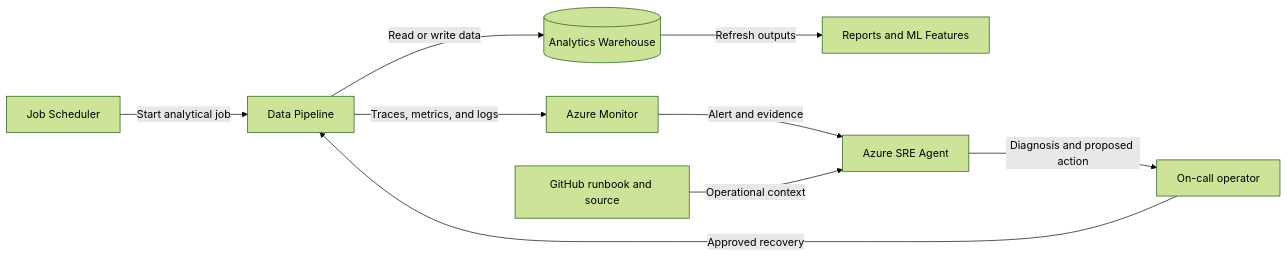
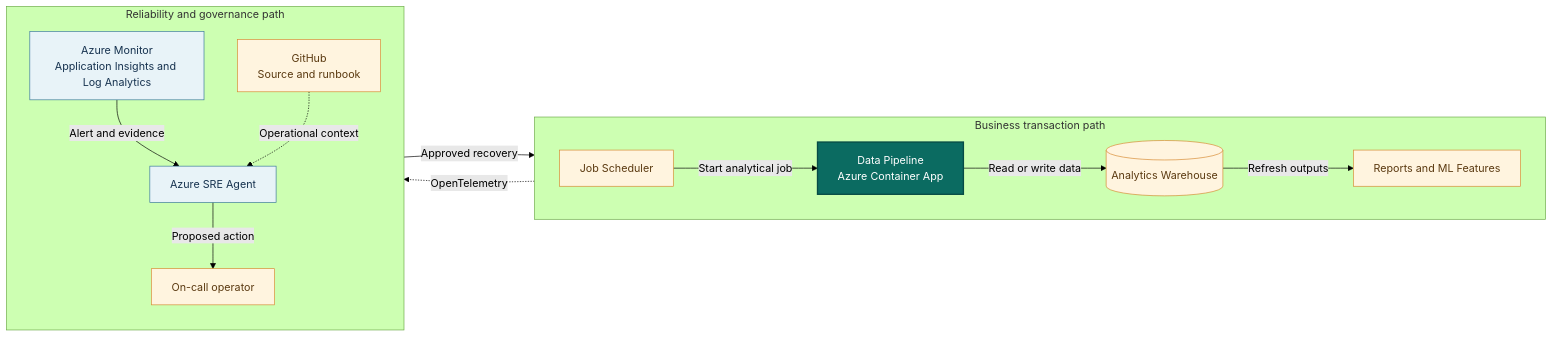
Before and after one commit to KrishnaDistributedcomputing/SREAgentEnterpriseShowcase: the diagram in runbooks/data-pipeline.md, drawn with Mermaid (forest theme). The commit also changed other lines of this file and 14 other files, not shown here.

First line of the commit message:
docs(docs): refine system context diagrams

````diff
--- a/runbooks/data-pipeline.md
+++ b/runbooks/data-pipeline.md
@@ -32,11 +32,34 @@
 ```mermaid
 flowchart LR
-    Scheduler[Job Scheduler] -->|Start analytical job| App[Data Pipeline]
-    App -->|Read or write data| Dependency[(Analytics Warehouse)]
-    Dependency -->|Refresh outputs| Consumer[Reports and ML Features]
-    App -->|Traces, metrics, and logs| Monitor[Azure Monitor]
-    Monitor -->|Alert and evidence| Agent[Azure SRE Agent]
-    Runbook[GitHub runbook and source] -->|Operational context| Agent
-    Agent -->|Diagnosis and proposed action| Operator[On-call operator]
-    Operator -->|Approved recovery| App
+    subgraph Business["Business transaction path"]
+        direction LR
+        Scheduler["Job Scheduler"]
+        App["Data Pipeline<br/>Azure Container App"]
+        Warehouse[("Analytics Warehouse")]
+        Consumer["Reports and ML Features"]
+        Scheduler -->|"Start analytical job"| App
+        App -->|"Read or write data"| Warehouse
+        Warehouse -->|"Refresh outputs"| Consumer
+    end
+
+    subgraph Operations["Reliability and governance path"]
+        direction TB
+        Monitor["Azure Monitor<br/>Application Insights and Log Analytics"]
+        Agent["Azure SRE Agent"]
+        Operator["On-call operator"]
+        Repository["GitHub<br/>Source and runbook"]
+        Monitor -->|"Alert and evidence"| Agent
+        Repository -.->|"Operational context"| Agent
+        Agent -->|"Proposed action"| Operator
+    end
+
+    App -.->|"OpenTelemetry"| Monitor
+    Operator -->|"Approved recovery"| App
+
+    classDef application fill:#0b6b61,color:#ffffff,stroke:#064b45,stroke-width:2px
+    classDef azure fill:#e8f3f8,color:#16324f,stroke:#39789b
+    classDef external fill:#fff4df,color:#5b3a11,stroke:#d78a32
+    class App application
+    class Monitor,Agent azure
+    class Scheduler,Warehouse,Consumer,Operator,Repository external
 ```
````
